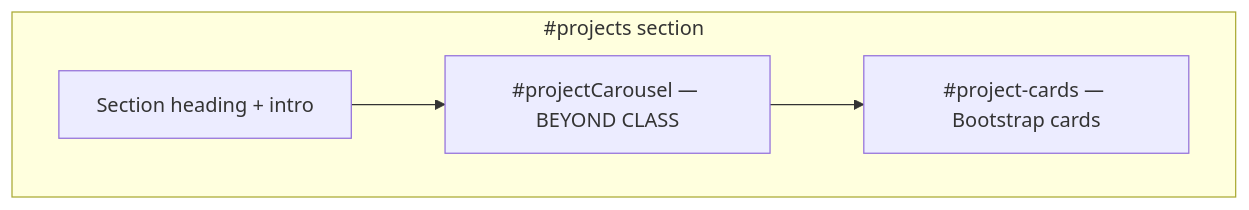
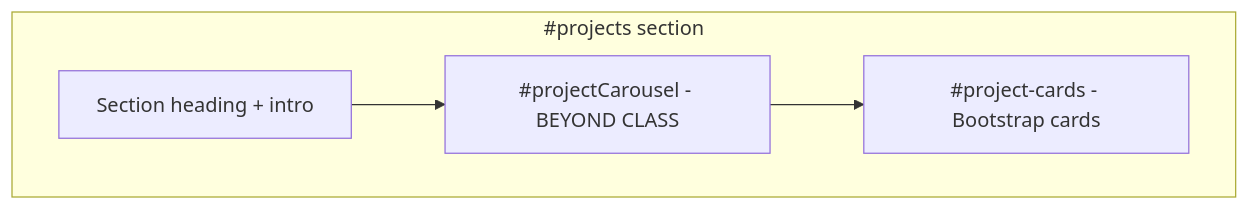
Before and after one commit to emmarthur/emmarthur.github.io: the first of 5 diagrams in CAROUSEL-DEEP-DIVE.md, drawn with Mermaid. The commit also changed other lines of this file and 3 other files, not shown here.

````diff
--- a/CAROUSEL-DEEP-DIVE.md
+++ b/CAROUSEL-DEEP-DIVE.md
@@ -13,10 +13,10 @@
 ```mermaid
 flowchart TB
   subgraph projects["#projects section"]
     heading[Section heading + intro]
-    carousel["#projectCarousel — BEYOND CLASS"]
-    cards["#project-cards — Bootstrap cards"]
+    carousel["#projectCarousel - BEYOND CLASS"]
+    cards["#project-cards - Bootstrap cards"]
   end
   heading --> carousel
   carousel --> cards
 ```
````
